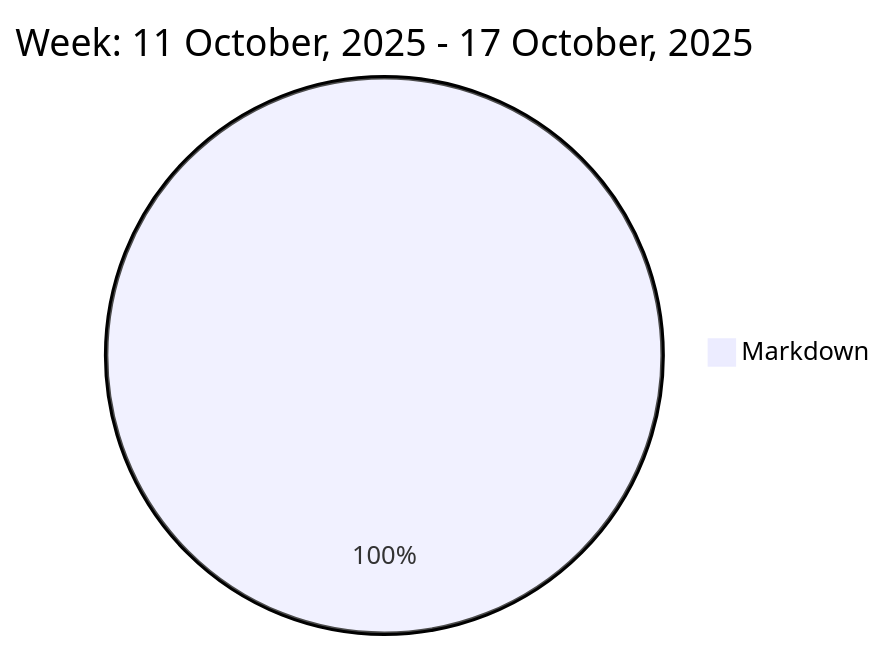
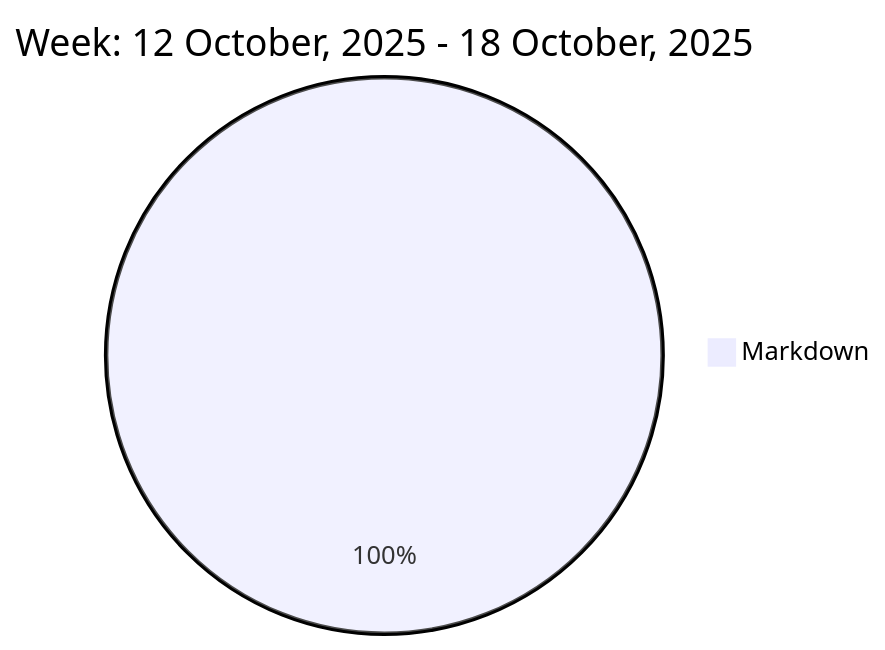
The diagram in README.md (liubin95/liubin95), drawn with Mermaid before and after one commit.

Commit message:
Updated the Graph with new Metrics

````diff
--- a/README.md
+++ b/README.md
@@ -37,5 +37,5 @@
 ```mermaid
  pie
-title Week: 11 October, 2025 - 17 October, 2025
- "Markdown" : 2.33
+title Week: 12 October, 2025 - 18 October, 2025
+ "Markdown" : 2.25
 ```
````
